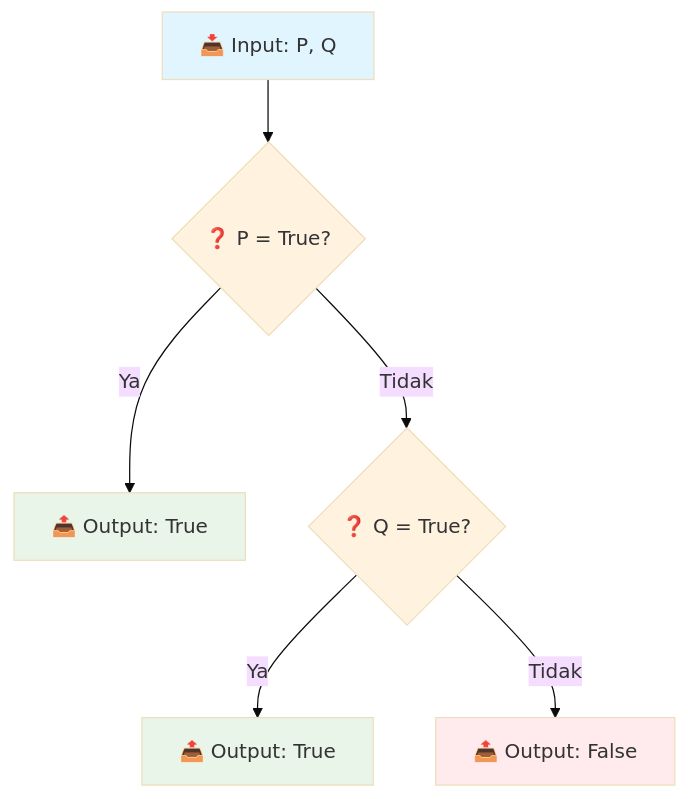
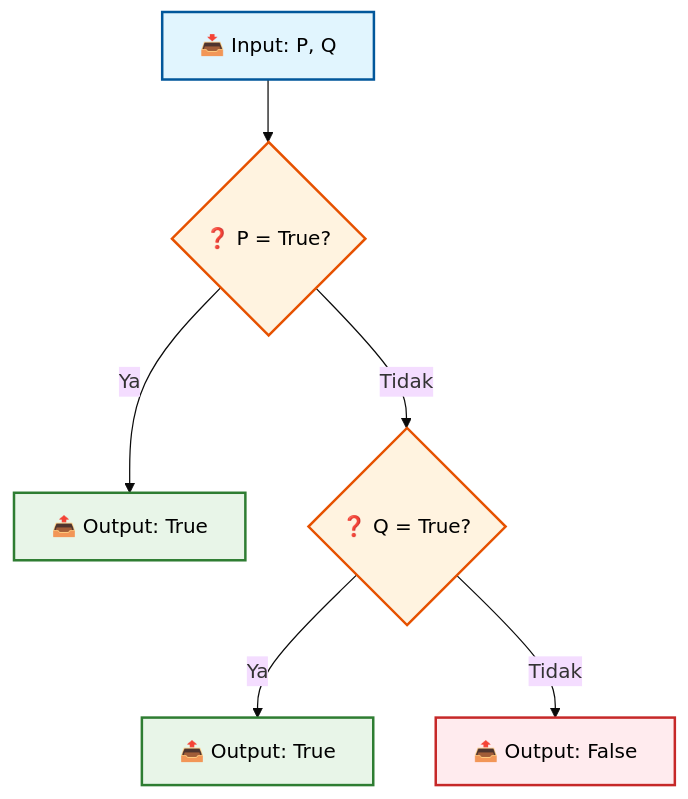
One commit to antonprafanto/logikamatematika changed the third of 7 diagrams in pertemuan2.md. Above: the diagram before and after it, drawn with Mermaid (base theme). The commit also changed other lines of this file, not shown here.

````diff
--- a/pertemuan2.md
+++ b/pertemuan2.md
@@ -224,15 +224,15 @@
 ```mermaid
 flowchart TD
     A[📥 Input: P, Q] --> B{❓ P = True?}
     B -->|Ya| C[📤 Output: True]
     B -->|Tidak| D{❓ Q = True?}
     D -->|Ya| E[📤 Output: True]
     D -->|Tidak| F[📤 Output: False]
     
-    style A fill:#e1f5fe
-    style B fill:#fff3e0
-    style C fill:#e8f5e8
-    style D fill:#fff3e0
-    style E fill:#e8f5e8
-    style F fill:#ffebee
+    style A fill:#e1f5fe,stroke:#01579b,stroke-width:2px,color:#000
+    style B fill:#fff3e0,stroke:#e65100,stroke-width:2px,color:#000
+    style C fill:#e8f5e8,stroke:#2e7d32,stroke-width:2px,color:#000
+    style D fill:#fff3e0,stroke:#e65100,stroke-width:2px,color:#000
+    style E fill:#e8f5e8,stroke:#2e7d32,stroke-width:2px,color:#000
+    style F fill:#ffebee,stroke:#c62828,stroke-width:2px,color:#000
 ```
````
